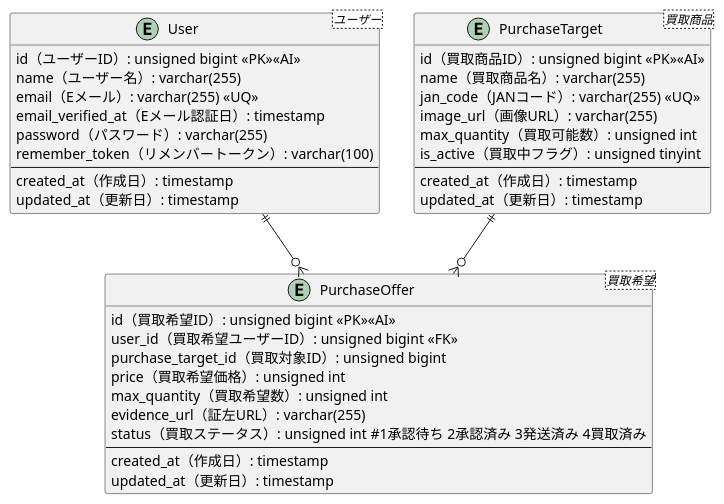
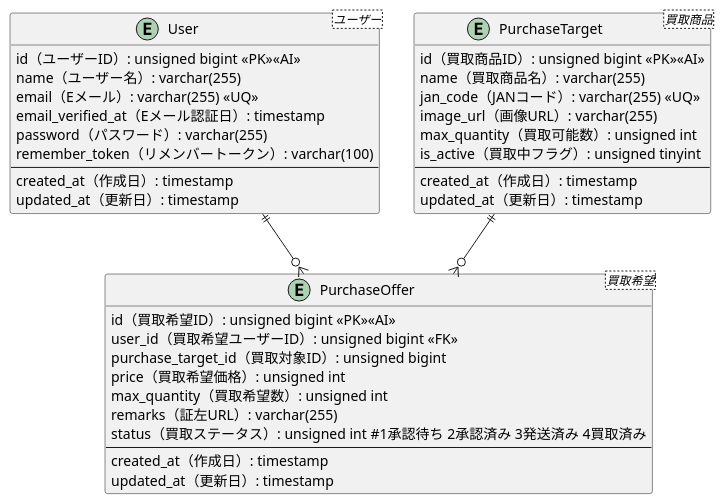
Before and after one commit to octopus-software/piyo-kaitori: the diagram in document/ER.puml, drawn with PlantUML. The commit also changed 18 other files, not shown here.

```diff
--- a/document/ER.puml
+++ b/document/ER.puml
@@ -1,44 +1,44 @@
 @startuml
 'https://plantuml.com/sequence-diagram
 
 entity "User <ユーザー>" as user {
   id（ユーザーID）: unsigned bigint <<PK>><<AI>>
   name（ユーザー名）: varchar(255)
   email（Eメール）: varchar(255) <<UQ>>
   email_verified_at（Eメール認証日）: timestamp
   password（パスワード）: varchar(255)
   remember_token（リメンバートークン）: varchar(100)
   --
   created_at（作成日）: timestamp
   updated_at（更新日）: timestamp
 }
 
 
 entity "PurchaseTarget <買取商品>" as purchase_target {
   id（買取商品ID）: unsigned bigint <<PK>><<AI>>
   name（買取商品名）: varchar(255)
   jan_code（JANコード）: varchar(255) <<UQ>>
   image_url（画像URL）: varchar(255)
   max_quantity（買取可能数）: unsigned int
   is_active（買取中フラグ）: unsigned tinyint
   --
   created_at（作成日）: timestamp
   updated_at（更新日）: timestamp
 }
 
 entity "PurchaseOffer <買取希望>" as purchase_offer {
   id（買取希望ID）: unsigned bigint <<PK>><<AI>>
   user_id（買取希望ユーザーID）: unsigned bigint <<FK>>
   purchase_target_id（買取対象ID）: unsigned bigint
   price（買取希望価格）: unsigned int
   max_quantity（買取希望数）: unsigned int
-  evidence_url（証左URL）: varchar(255)
+  remarks（証左URL）: varchar(255)
   status（買取ステータス）: unsigned int #1承認待ち 2承認済み 3発送済み 4買取済み
   --
   created_at（作成日）: timestamp
   updated_at（更新日）: timestamp
 }
 
 user ||--o{ purchase_offer
 purchase_target ||--o{ purchase_offer
 @enduml
```
